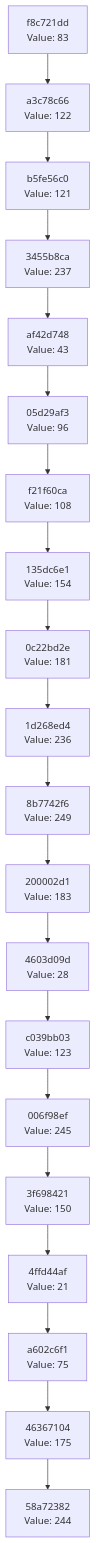
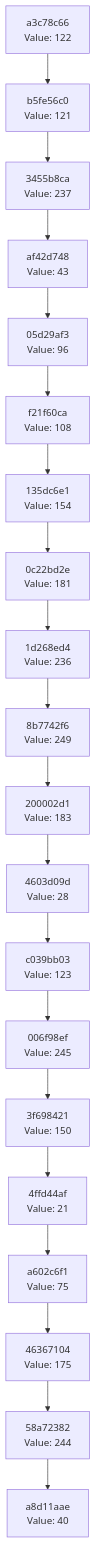
One commit to Abhisheksinha1506/hash-chain-evolver changed the diagram in docs/CHAIN_VISUALIZATION.md. Above: the diagram before and after it, drawn with Mermaid. The commit also changed 3 other files, not shown here.

````diff
--- a/docs/CHAIN_VISUALIZATION.md
+++ b/docs/CHAIN_VISUALIZATION.md
@@ -3,42 +3,42 @@
 ```mermaid
 graph TD
-    C0["58a72382<br/>Value: 244"]
-    C1["46367104<br/>Value: 175"]
+    C0["a8d11aae<br/>Value: 40"]
+    C1["58a72382<br/>Value: 244"]
     C1 --> C0
-    C2["a602c6f1<br/>Value: 75"]
+    C2["46367104<br/>Value: 175"]
     C2 --> C1
-    C3["4ffd44af<br/>Value: 21"]
+    C3["a602c6f1<br/>Value: 75"]
     C3 --> C2
-    C4["3f698421<br/>Value: 150"]
+    C4["4ffd44af<br/>Value: 21"]
     C4 --> C3
-    C5["006f98ef<br/>Value: 245"]
+    C5["3f698421<br/>Value: 150"]
     C5 --> C4
-    C6["c039bb03<br/>Value: 123"]
+    C6["006f98ef<br/>Value: 245"]
     C6 --> C5
-    C7["4603d09d<br/>Value: 28"]
+    C7["c039bb03<br/>Value: 123"]
     C7 --> C6
-    C8["200002d1<br/>Value: 183"]
+    C8["4603d09d<br/>Value: 28"]
     C8 --> C7
-    C9["8b7742f6<br/>Value: 249"]
+    C9["200002d1<br/>Value: 183"]
     C9 --> C8
-    C10["1d268ed4<br/>Value: 236"]
+    C10["8b7742f6<br/>Value: 249"]
     C10 --> C9
-    C11["0c22bd2e<br/>Value: 181"]
+    C11["1d268ed4<br/>Value: 236"]
     C11 --> C10
-    C12["135dc6e1<br/>Value: 154"]
+    C12["0c22bd2e<br/>Value: 181"]
     C12 --> C11
-    C13["f21f60ca<br/>Value: 108"]
+    C13["135dc6e1<br/>Value: 154"]
     C13 --> C12
-    C14["05d29af3<br/>Value: 96"]
+    C14["f21f60ca<br/>Value: 108"]
     C14 --> C13
-    C15["af42d748<br/>Value: 43"]
+    C15["05d29af3<br/>Value: 96"]
     C15 --> C14
-    C16["3455b8ca<br/>Value: 237"]
+    C16["af42d748<br/>Value: 43"]
     C16 --> C15
-    C17["b5fe56c0<br/>Value: 121"]
+    C17["3455b8ca<br/>Value: 237"]
     C17 --> C16
-    C18["a3c78c66<br/>Value: 122"]
+    C18["b5fe56c0<br/>Value: 121"]
     C18 --> C17
-    C19["f8c721dd<br/>Value: 83"]
+    C19["a3c78c66<br/>Value: 122"]
     C19 --> C18
 ```
````
